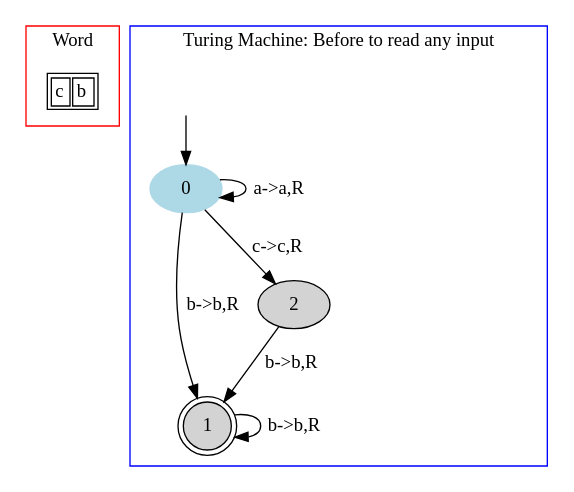
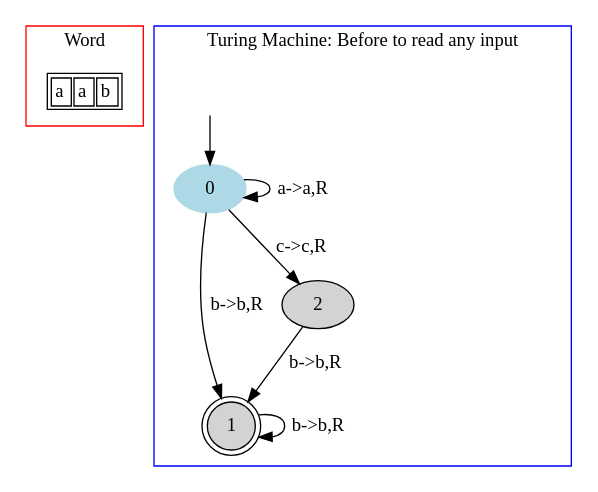
The diagram in TM/images/file1.dot (danielScLima/turing_machine), drawn with Graphviz before and after one commit. The commit also changed 7 other files, not shown here.

```diff
--- a/TM/images/file1.dot
+++ b/TM/images/file1.dot
@@ -1,29 +1,30 @@
 digraph G {
 	subgraph cluster_0 {
 		node [shape=plaintext];
 
 struct1 [label=<<TABLE>
 <TR>
-<TD><FONT>c</FONT></TD>
+<TD><FONT>a</FONT></TD>
+<TD><FONT>a</FONT></TD>
 <TD><FONT>b</FONT></TD>
 </TR>
 </TABLE>>];
 label = "Word";
 color=red;
 }
 	subgraph cluster_1 {
 		node [style=filled];
 		label = "Turing Machine: Before to read any input"
 		color=blue;
 
 		0 [color="lightblue"];
 		1 [shape="doublecircle"];
 		2;
 		0->0[label="a->a,R"];
 		0->1[label="b->b,R"];
 		0->2[label="c->c,R"];
 		1->1[label="b->b,R"];
 		2->1[label="b->b,R"];
 x [color=white, label=""];		x->0	}
 
 }
```
